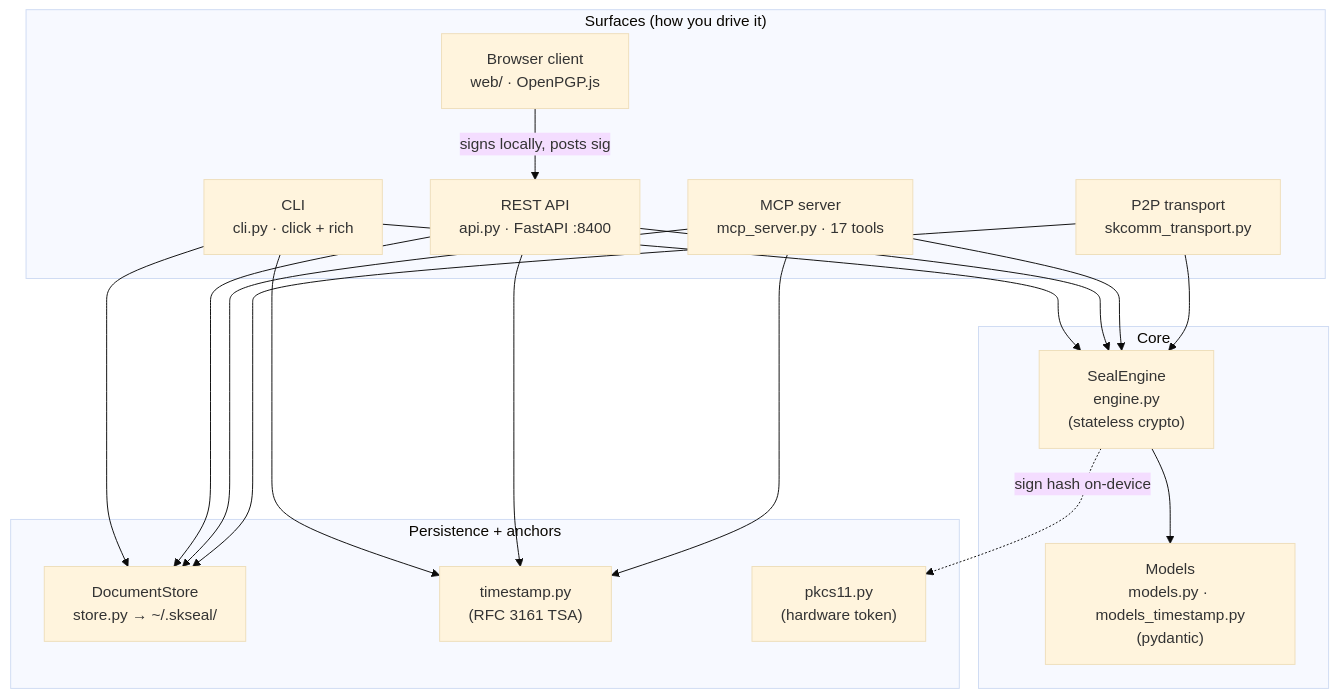
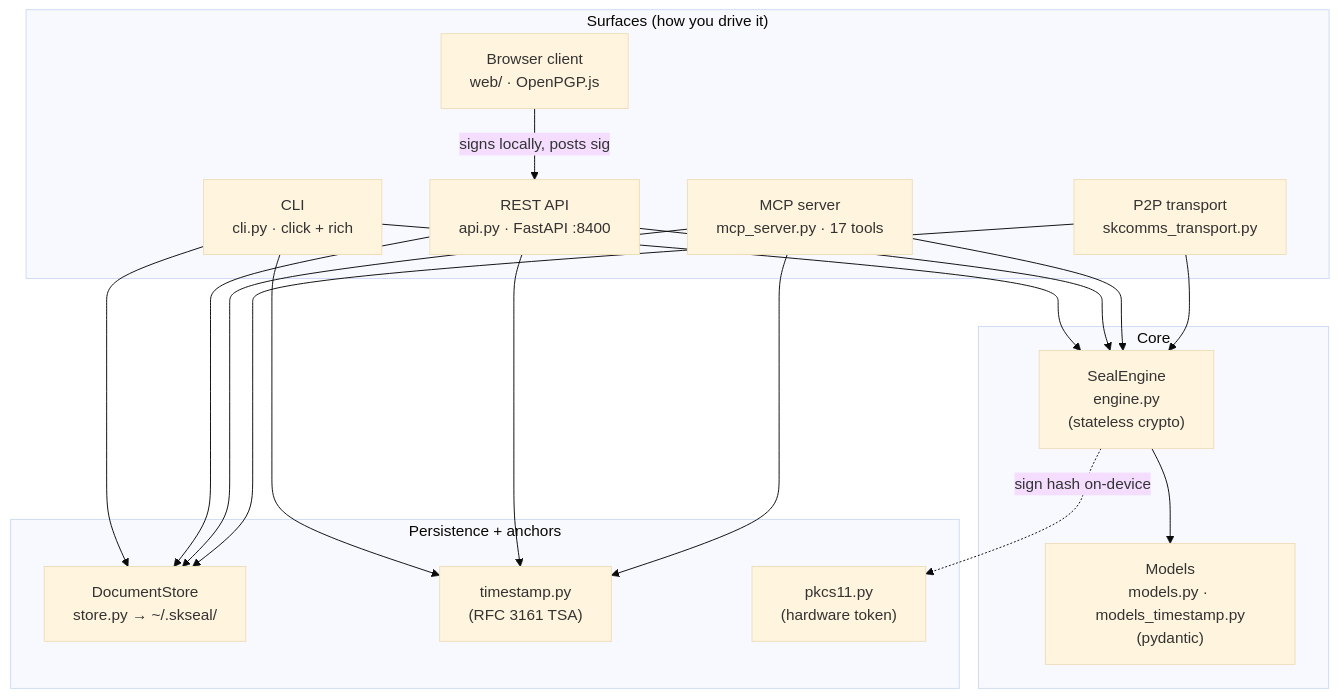
One commit to smilinTux/skseal changed the first of 6 diagrams in docs/ARCHITECTURE.md. Above: the diagram before and after it, drawn with Mermaid (base theme). The commit also changed other lines of this file and 6 other files, not shown here.

Commit message:
refactor: skcomm→skcomms references

````diff
--- a/docs/ARCHITECTURE.md
+++ b/docs/ARCHITECTURE.md
@@ -27,36 +27,36 @@
 ```mermaid
 flowchart TD
     subgraph SURFACES["Surfaces (how you drive it)"]
       CLI["CLI<br/>cli.py · click + rich"]
       API["REST API<br/>api.py · FastAPI :8400"]
       MCP["MCP server<br/>mcp_server.py · 17 tools"]
       WEB["Browser client<br/>web/ · OpenPGP.js"]
-      P2P["P2P transport<br/>skcomm_transport.py"]
+      P2P["P2P transport<br/>skcomms_transport.py"]
     end
 
     subgraph CORE["Core"]
       ENGINE["SealEngine<br/>engine.py<br/>(stateless crypto)"]
       MODELS["Models<br/>models.py · models_timestamp.py<br/>(pydantic)"]
     end
 
     subgraph PERSIST["Persistence + anchors"]
       STORE["DocumentStore<br/>store.py → ~/.skseal/"]
       TS["timestamp.py<br/>(RFC 3161 TSA)"]
       TOK["pkcs11.py<br/>(hardware token)"]
     end
 
     CLI --> ENGINE
     API --> ENGINE
     MCP --> ENGINE
     WEB -->|"signs locally, posts sig"| API
     P2P --> ENGINE
     ENGINE --> MODELS
     CLI --> STORE
     API --> STORE
     MCP --> STORE
     P2P --> STORE
     ENGINE -.->|"sign hash on-device"| TOK
     CLI --> TS
     API --> TS
     MCP --> TS
 ```
````
